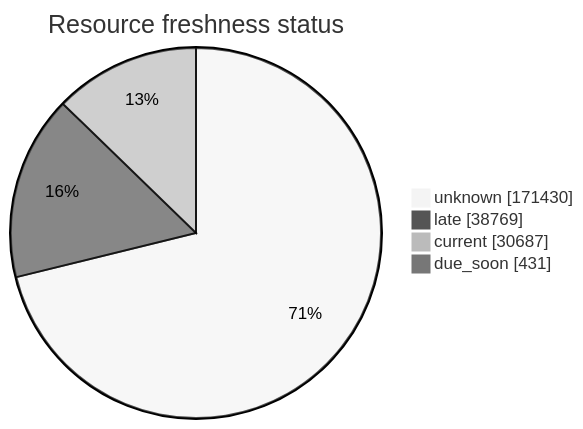
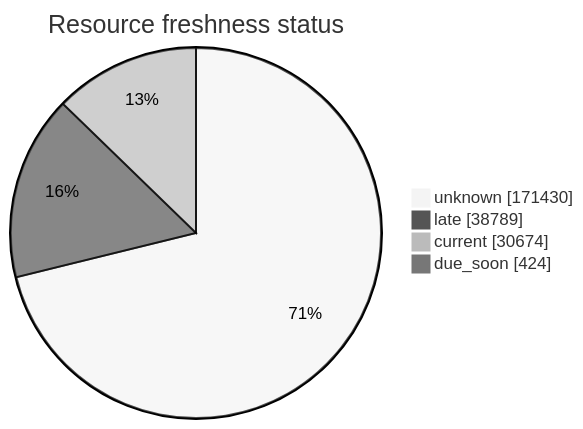
Before and after one commit to open-data/analytics-corporate-reporting: the third of 5 diagrams in FreshCheck/README.md, drawn with Mermaid (neutral theme). The commit also changed other lines of this file and 3 other files, not shown here.

````diff
--- a/FreshCheck/README.md
+++ b/FreshCheck/README.md
@@ -77,7 +77,7 @@
 ```mermaid
 pie showData title Resource freshness status
     "unknown": 171430
-    "late": 38769
-    "current": 30687
-    "due_soon": 431
+    "late": 38789
+    "current": 30674
+    "due_soon": 424
 ```
````
